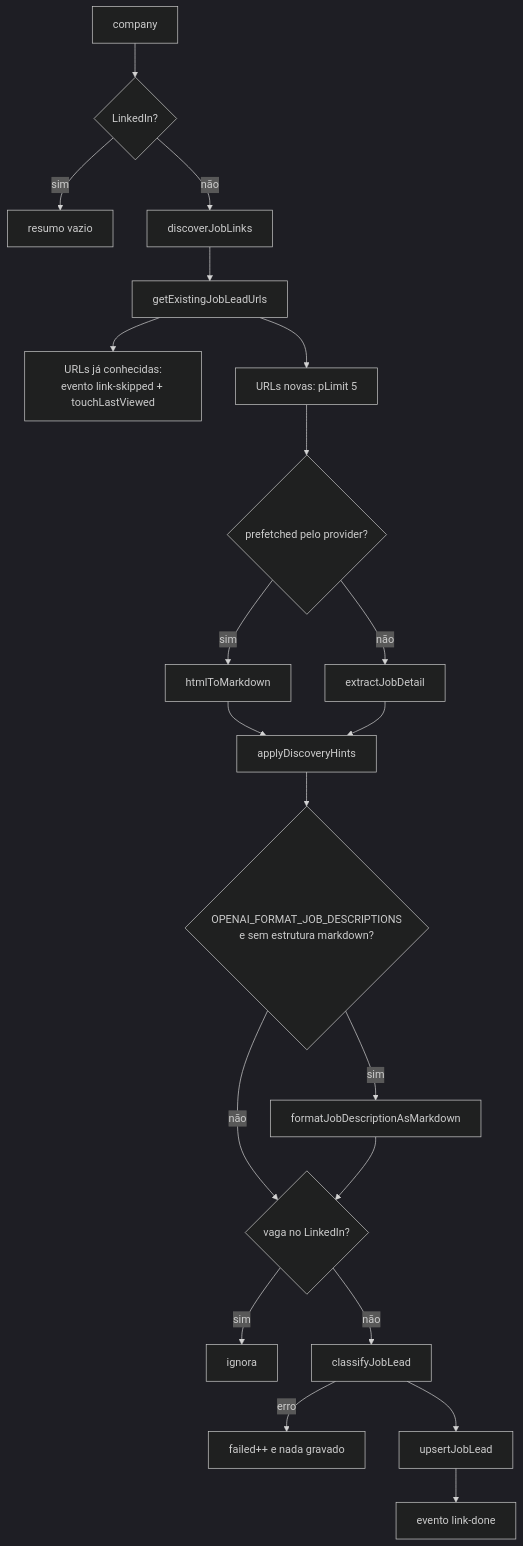
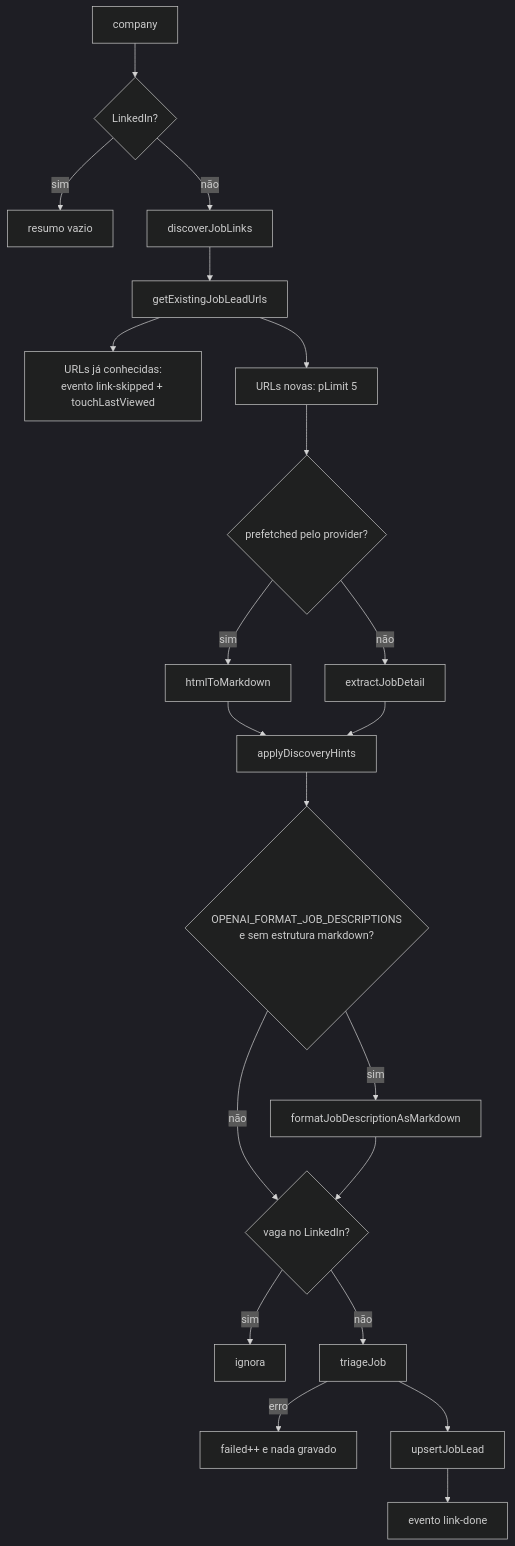
Before and after one commit to Gabriel-Fachini/job-tracker: the diagram in docs/radar-manual-de-vagas-implementacao.md, drawn with Mermaid (dark theme). The commit also changed other lines of this file and 67 other files, not shown here.

````diff
--- a/docs/radar-manual-de-vagas-implementacao.md
+++ b/docs/radar-manual-de-vagas-implementacao.md
@@ -88,23 +90,23 @@
 ```mermaid
 flowchart TD
     A[company] --> B{LinkedIn?}
     B -- sim --> Z[resumo vazio]
     B -- não --> C[discoverJobLinks]
     C --> D[getExistingJobLeadUrls]
     D --> E[URLs já conhecidas:<br/>evento link-skipped + touchLastViewed]
     D --> F[URLs novas: pLimit 5]
     F --> G{prefetched pelo provider?}
     G -- sim --> H[htmlToMarkdown]
     G -- não --> I[extractJobDetail]
     H --> J[applyDiscoveryHints]
     I --> J
     J --> K{OPENAI_FORMAT_JOB_DESCRIPTIONS<br/>e sem estrutura markdown?}
     K -- sim --> L[formatJobDescriptionAsMarkdown]
     K -- não --> M
     L --> M{vaga no LinkedIn?}
     M -- sim --> Z2[ignora]
-    M -- não --> N[classifyJobLead]
+    M -- não --> N[triageJob]
     N -- erro --> X[failed++ e nada gravado]
     N --> O[upsertJobLead]
     O --> P[evento link-done]
 ```
````
